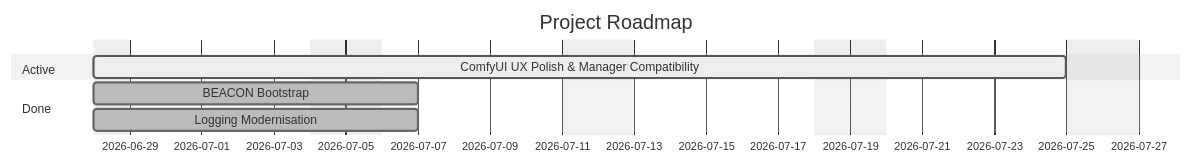
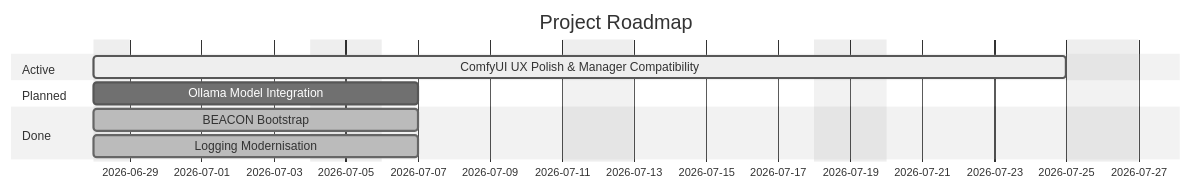
One commit to darth-veitcher/comfydv changed the diagram in ROADMAP.md. Above: the diagram before and after it, drawn with Mermaid (neutral theme). The commit also changed other lines of this file and 42 other files, not shown here.

First line of the commit message:
feat(006): Ollama model integration — 14 nodes for LLM inference in ComfyUI workflows (#8)

````diff
--- a/ROADMAP.md
+++ b/ROADMAP.md
@@ -9,14 +9,17 @@
 ```mermaid
 gantt
     title Project Roadmap
     dateFormat  YYYY-MM-DD
     excludes    weekends
 
     section Active
     ComfyUI UX Polish & Manager Compatibility :active, ux-and-install, 2026-06-28, 21d
 
+    section Planned
+    Ollama Model Integration :ollama-integration, 2026-06-28, 7d
+
     section Done
     BEACON Bootstrap :done, beacon-bootstrap, 2026-06-28, 7d
     Logging Modernisation :done, logging-modernisation, 2026-06-28, 7d
 
 ```
````
